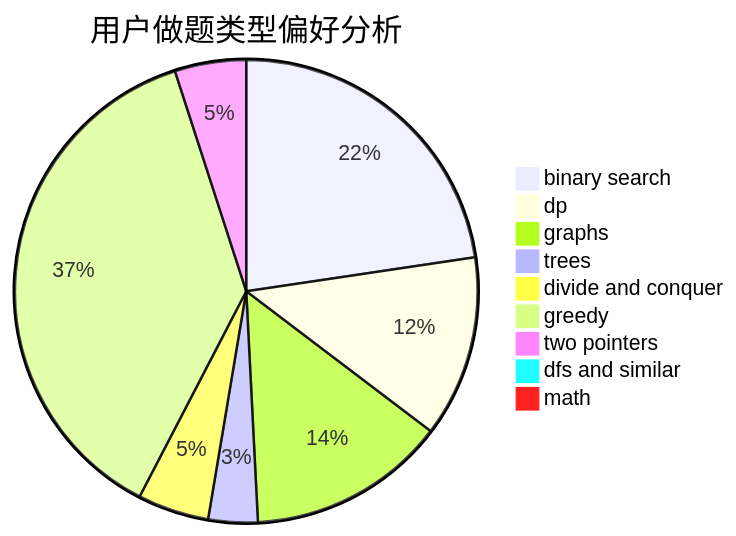
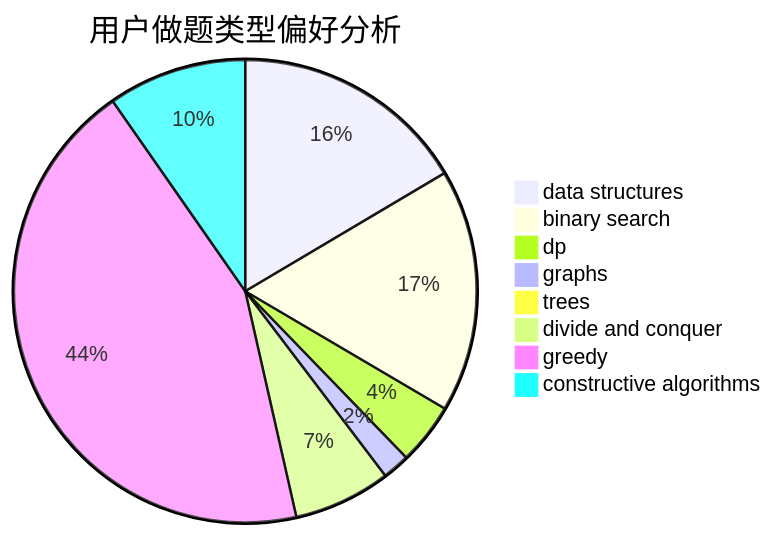
Before and after one commit to sherpahu/cfrs.github.io: the second of 3 diagrams in docs/user/u817.md, drawn with Mermaid. The commit also changed other lines of this file and 2775 other files, not shown here.

````diff
--- a/docs/user/u817.md
+++ b/docs/user/u817.md
@@ -23,12 +23,11 @@
 ```mermaid
 pie title 用户做题类型偏好分析
-    "binary search" :  309
-    "dp" :  173
-    "graphs" :  189
-    "trees" :  47
+    "data structures" :  165
+    "binary search" :  170
+    "dp" :  43
+    "graphs" :  19
+    "trees" :  5
     "divide and conquer" :  68
-    "greedy" :  510
-    "two pointers" :  68
-    "dfs and similar" :  13
-    "math" :  13
+    "greedy" :  439
+    "constructive algorithms" :  97
 ```
````
